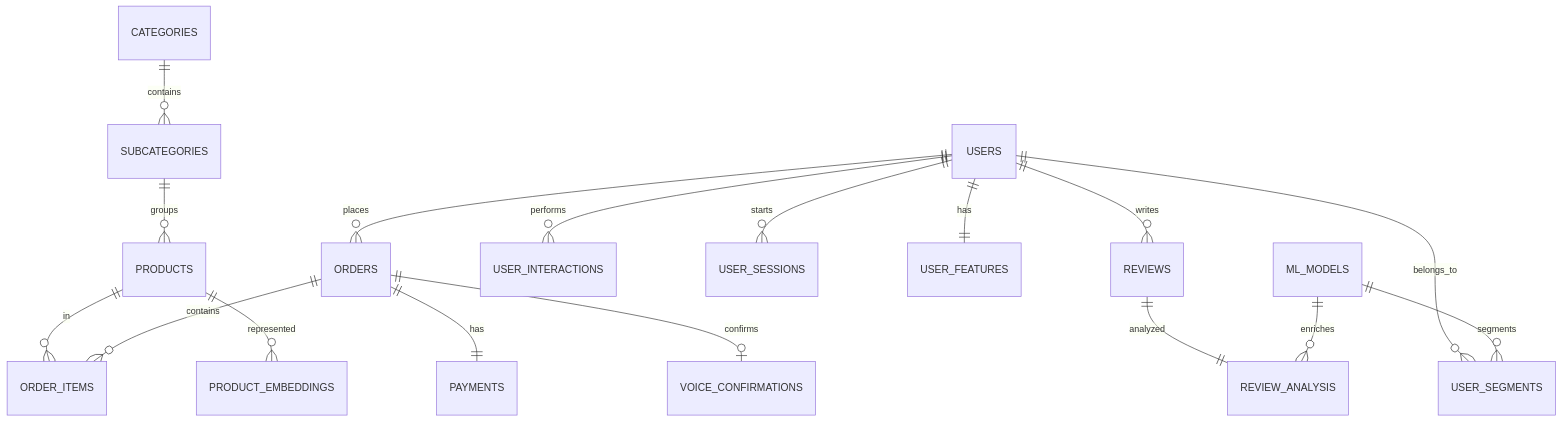
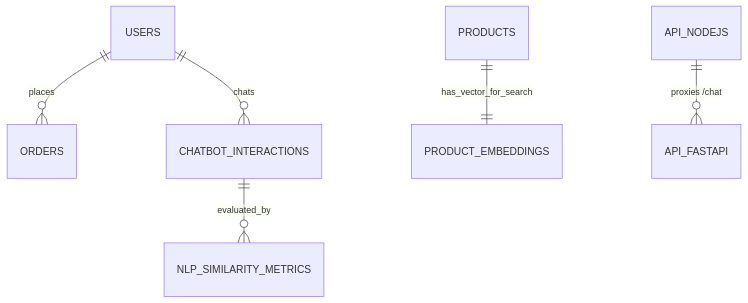
Before and after one commit to Nourhenebenothmen22/smart-ecommerce-platform: the diagram in README.md, drawn with Mermaid. The commit also changed other lines of this file and 7 other files, not shown here.

````diff
--- a/README.md
+++ b/README.md
@@ -28,23 +33,11 @@
 ```mermaid
 erDiagram
     USERS ||--o{ ORDERS : "places"
-    USERS ||--o{ REVIEWS : "writes"
-    USERS ||--o{ USER_INTERACTIONS : "performs"
-    USERS ||--o{ USER_SESSIONS : "starts"
-    USERS ||--|| USER_FEATURES : "has"
-    USERS ||--o{ USER_SEGMENTS : "belongs_to"
-
-    CATEGORIES ||--o{ SUBCATEGORIES : "contains"
-    SUBCATEGORIES ||--o{ PRODUCTS : "groups"
-    PRODUCTS ||--o{ ORDER_ITEMS : "in"
-    ORDERS ||--o{ ORDER_ITEMS : "contains"
+    USERS ||--o{ CHATBOT_INTERACTIONS : "chats"
     
-    ORDERS ||--|| PAYMENTS : "has"
-    ORDERS ||--o| VOICE_CONFIRMATIONS : "confirms"
+    PRODUCTS ||--|| PRODUCT_EMBEDDINGS : "has_vector_for_search"
     
-    REVIEWS ||--|| REVIEW_ANALYSIS : "analyzed"
-    PRODUCTS ||--o{ PRODUCT_EMBEDDINGS : "represented"
+    CHATBOT_INTERACTIONS ||--o{ NLP_SIMILARITY_METRICS : "evaluated_by"
     
-    ML_MODELS ||--o{ USER_SEGMENTS : "segments"
-    ML_MODELS ||--o{ REVIEW_ANALYSIS : "enriches"
+    API_NODEJS ||--o{ API_FASTAPI : "proxies /chat"
 ```
````
